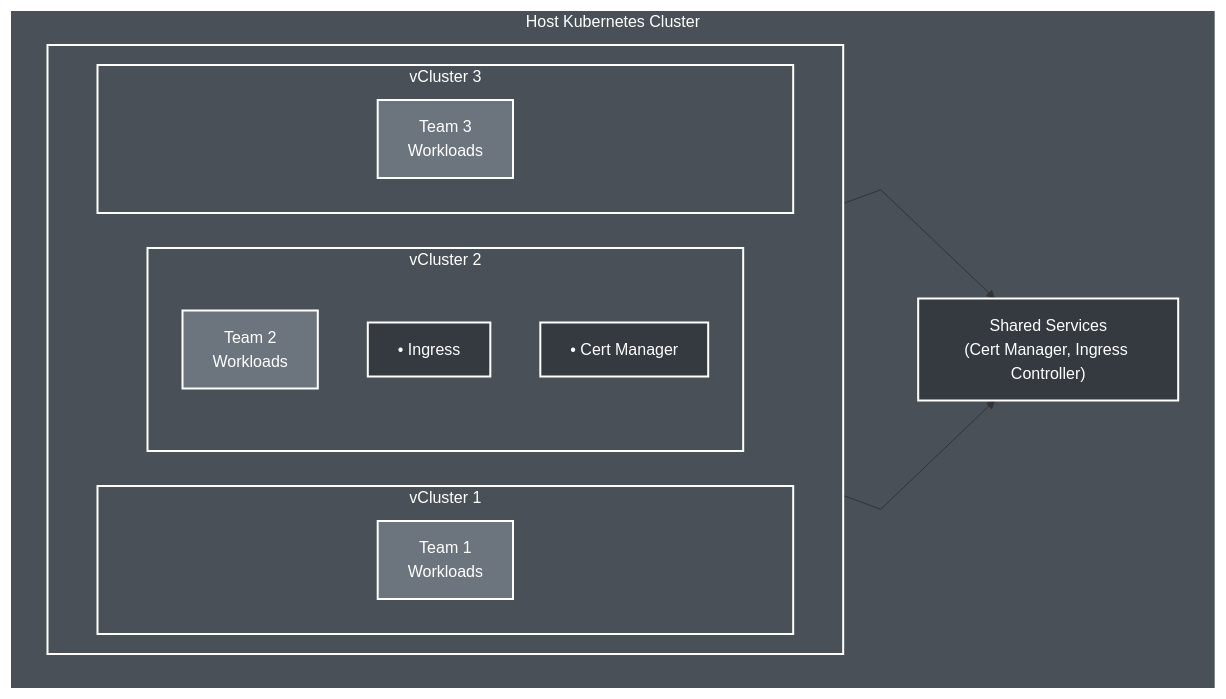
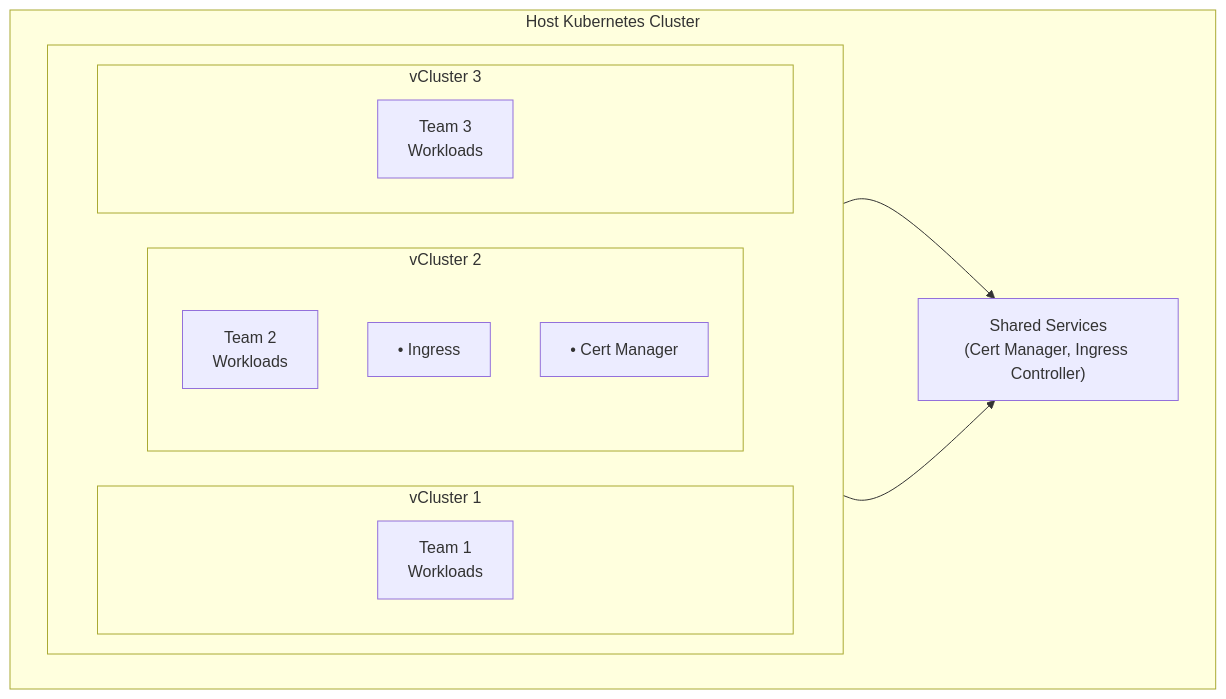
The diagram in _partials/what-is-vcluster.md (Piotr1215/youtube), drawn with Mermaid before and after one commit. The commit also changed 2 other files, not shown here.

Commit message:
kai: improve demo flow

````diff
--- a/_partials/what-is-vcluster.md
+++ b/_partials/what-is-vcluster.md
@@ -3,36 +3,27 @@
 ```mermaid +render
-%%{init: {'flowchart' : {'curve' : 'linear'}}}%%
 flowchart TB
     subgraph host["Host Kubernetes Cluster"]
         subgraph vclusters[" "]
             direction LR
             subgraph vc1["vCluster 1"]
                 W1["Team 1<br/>Workloads"]
             end
 
             subgraph vc2["vCluster 2"]
                 direction TB
                 W2["Team 2<br/>Workloads"]
                 Ingress2["• Ingress"]
                 CertManager2["• Cert Manager"]
             end
 
             subgraph vc3["vCluster 3"]
                 W3["Team 3<br/>Workloads"]
             end
         end
 
         Shared["Shared Services<br/>(Cert Manager, Ingress Controller)"]
     end
 
     W1 --> Shared
     W3 --> Shared
-
-    classDef cluster fill:#495057,stroke:#fff,stroke-width:2px,color:#fff
-    classDef workload fill:#6c757d,stroke:#fff,stroke-width:2px,color:#fff
-    classDef service fill:#343a40,stroke:#fff,stroke-width:2px,color:#fff
-
-    class vc1,vc2,vc3 cluster
-    class W1,W2,W3 workload
-    class Shared,CertManager2,Ingress2 service
 ```
````
